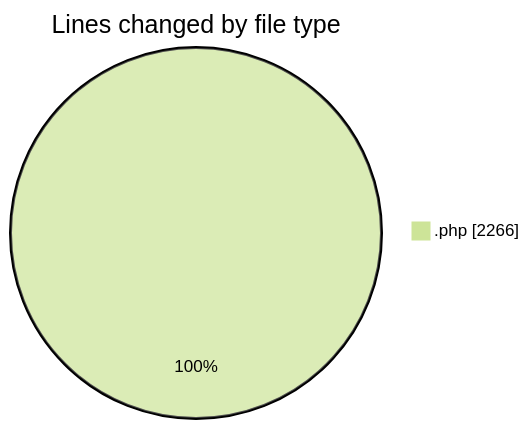
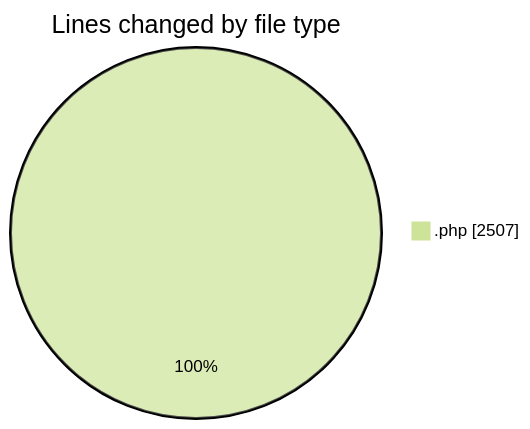
One commit to debugP/code-tracking changed the first of 2 diagrams in 2025-10-22/untitled__workspace_/README.md. Above: the diagram before and after it, drawn with Mermaid (forest theme). The commit also changed other lines of this file and 1 other file, not shown here.

````diff
--- a/2025-10-22/untitled__workspace_/README.md
+++ b/2025-10-22/untitled__workspace_/README.md
@@ -20,5 +20,5 @@
 ```mermaid
 pie showData
 title Lines changed by file type
-".php" : 2266
+".php" : 2507
 ```
````
